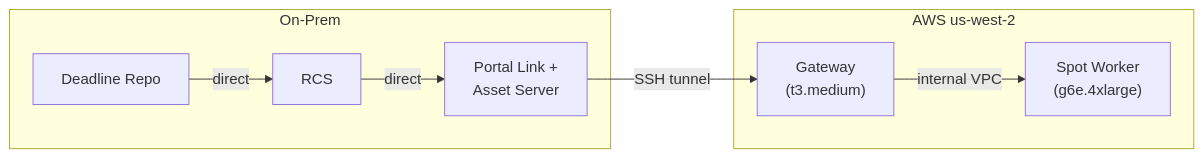
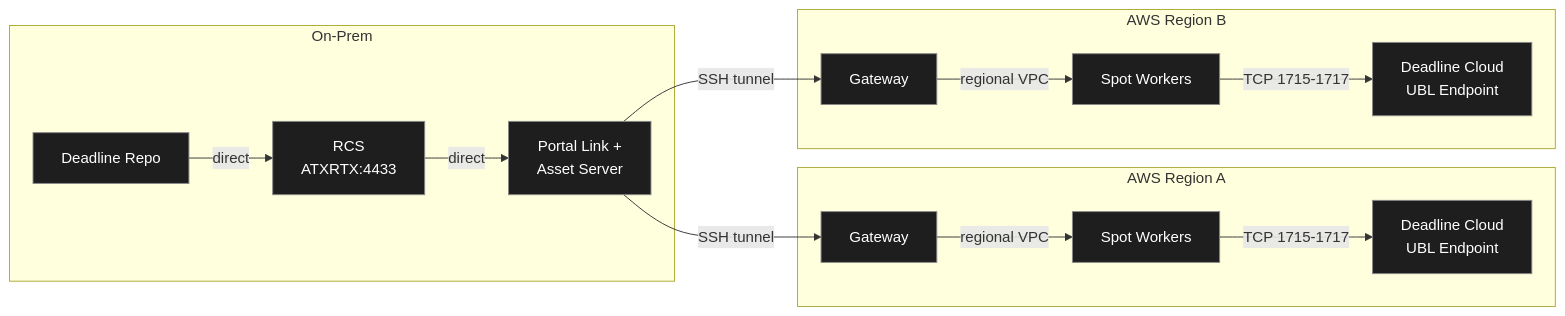
Before and after one commit to allofitnow/houdini-aws-portal: the diagram in deadline/aws_portal_notes.md, drawn with Mermaid. The commit also changed other lines of this file and 11 other files, not shown here.

First line of the commit message:
Make AWS Portal worker scripts region configurable

````diff
--- a/deadline/aws_portal_notes.md
+++ b/deadline/aws_portal_notes.md
@@ -7,16 +7,28 @@
 ```mermaid
 flowchart LR
     subgraph "On-Prem"
         A["Deadline Repo"]
-        B["RCS"]
+        B["RCS<br/>ATXRTX:4433"]
         C["Portal Link +<br/>Asset Server"]
     end
-    subgraph "AWS us-west-2"
-        D["Gateway<br/>(t3.medium)"]
-        E["Spot Worker<br/>(g6e.4xlarge)"]
+    subgraph "AWS Region A"
+        D["Gateway"]
+        E["Spot Workers"]
+        F["Deadline Cloud<br/>UBL Endpoint"]
     end
-    A -- direct --> B
-    B -- direct --> C
+    subgraph "AWS Region B"
+        G["Gateway"]
+        H["Spot Workers"]
+        I["Deadline Cloud<br/>UBL Endpoint"]
+    end
+    A -- "direct" --> B
+    B -- "direct" --> C
     C -- "SSH tunnel" --> D
-    D -- "internal VPC" --> E
+    C -- "SSH tunnel" --> G
+    D -- "regional VPC" --> E
+    G -- "regional VPC" --> H
+    E -- "TCP 1715-1717" --> F
+    H -- "TCP 1715-1717" --> I
+    classDef dark fill:#1e1e1e,stroke:#888,color:#fff
+    class A,B,C,D,E,F,G,H,I dark
 ```
````
